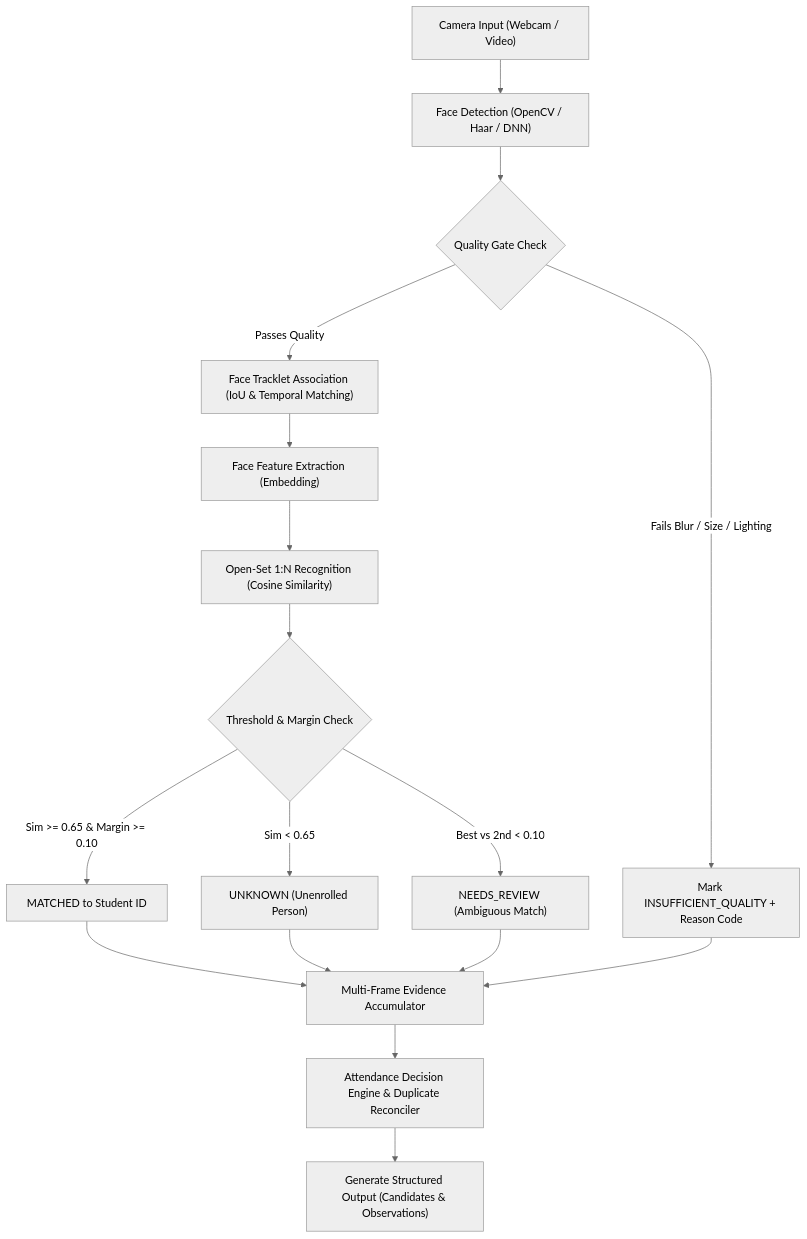
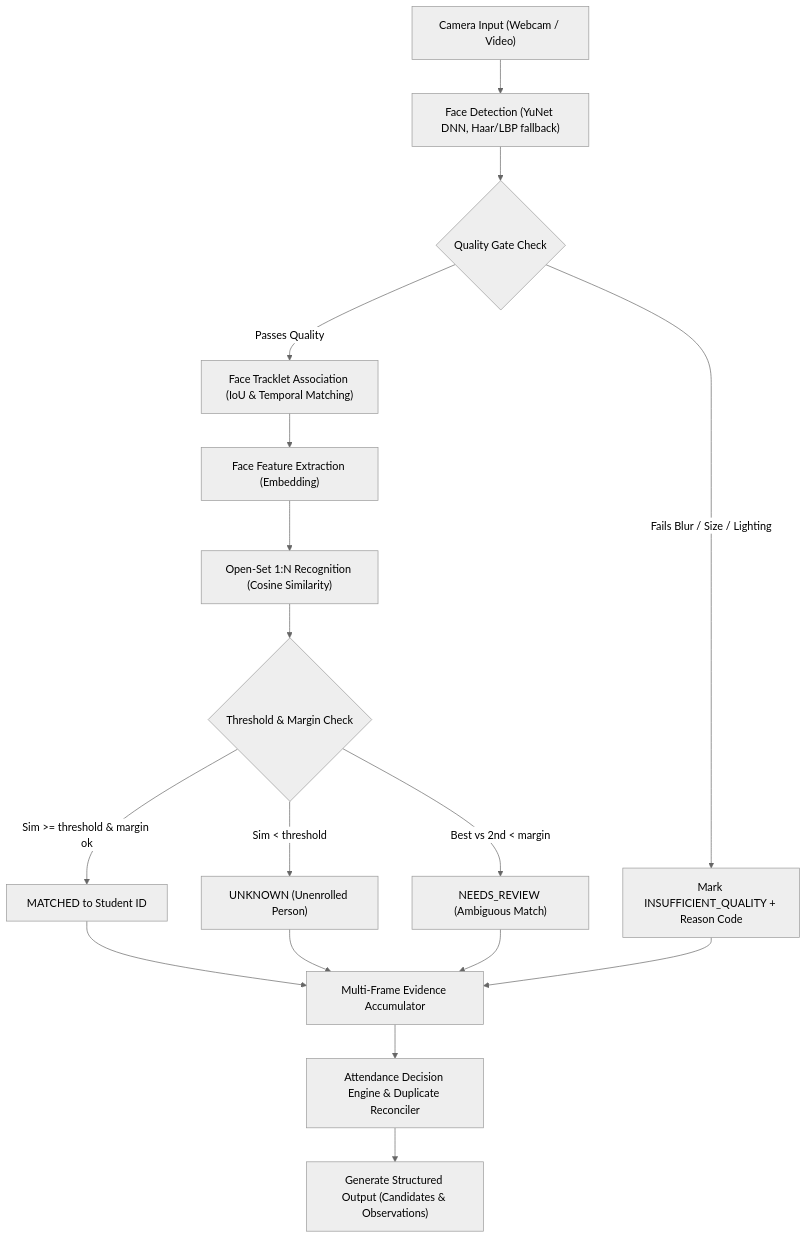
The diagram in docs/AI_WORKFLOW.md (tponviji1005-oss/rit-sync-vision), drawn with Mermaid (neutral theme) before and after one commit. The commit also changed other lines of this file and 29 other files, not shown here.

````diff
--- a/docs/AI_WORKFLOW.md
+++ b/docs/AI_WORKFLOW.md
@@ -12,19 +12,19 @@
 ```mermaid
 flowchart TD
-    A["Camera Input (Webcam / Video)"] --> B["Face Detection (OpenCV / Haar / DNN)"]
+    A["Camera Input (Webcam / Video)"] --> B["Face Detection (YuNet DNN, Haar/LBP fallback)"]
     B --> C{"Quality Gate Check"}
     C -- "Fails Blur / Size / Lighting" --> D["Mark INSUFFICIENT_QUALITY + Reason Code"]
     C -- "Passes Quality" --> E["Face Tracklet Association (IoU & Temporal Matching)"]
     E --> F["Face Feature Extraction (Embedding)"]
     F --> G["Open-Set 1:N Recognition (Cosine Similarity)"]
     G --> H{"Threshold & Margin Check"}
-    H -- "Sim < 0.65" --> I["UNKNOWN (Unenrolled Person)"]
-    H -- "Best vs 2nd < 0.10" --> J["NEEDS_REVIEW (Ambiguous Match)"]
-    H -- "Sim >= 0.65 & Margin >= 0.10" --> K["MATCHED to Student ID"]
+    H -- "Sim < threshold" --> I["UNKNOWN (Unenrolled Person)"]
+    H -- "Best vs 2nd < margin" --> J["NEEDS_REVIEW (Ambiguous Match)"]
+    H -- "Sim >= threshold & margin ok" --> K["MATCHED to Student ID"]
     K --> L["Multi-Frame Evidence Accumulator"]
     I --> L
     J --> L
     D --> L
     L --> M["Attendance Decision Engine & Duplicate Reconciler"]
     M --> N["Generate Structured Output (Candidates & Observations)"]
 ```
````
